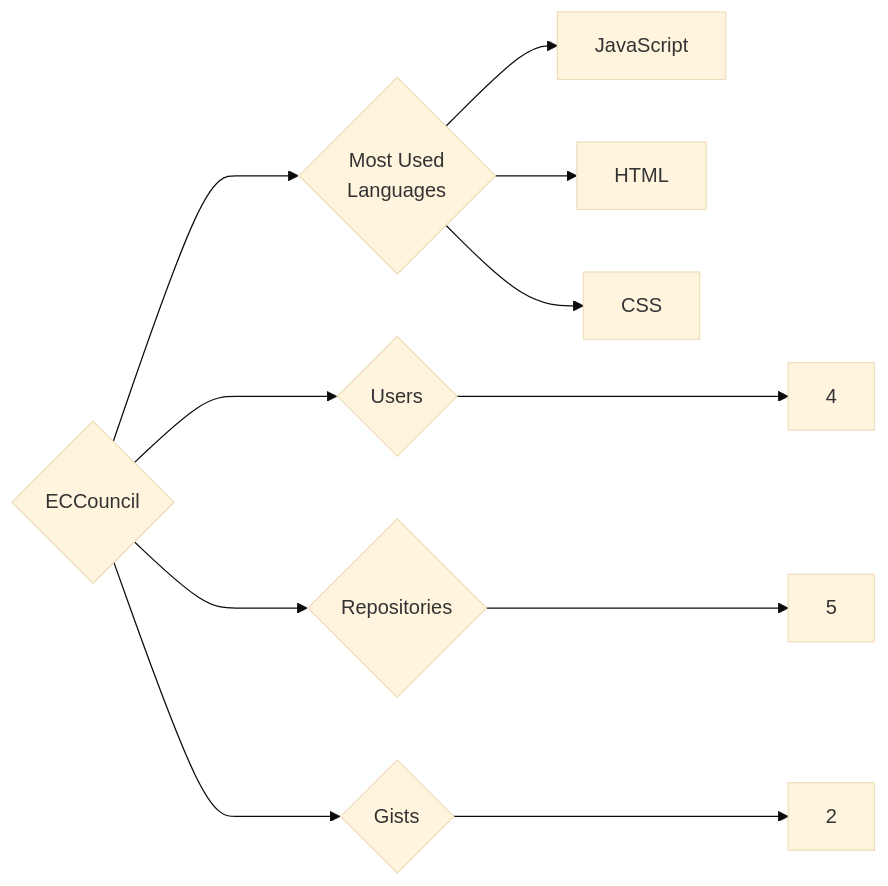
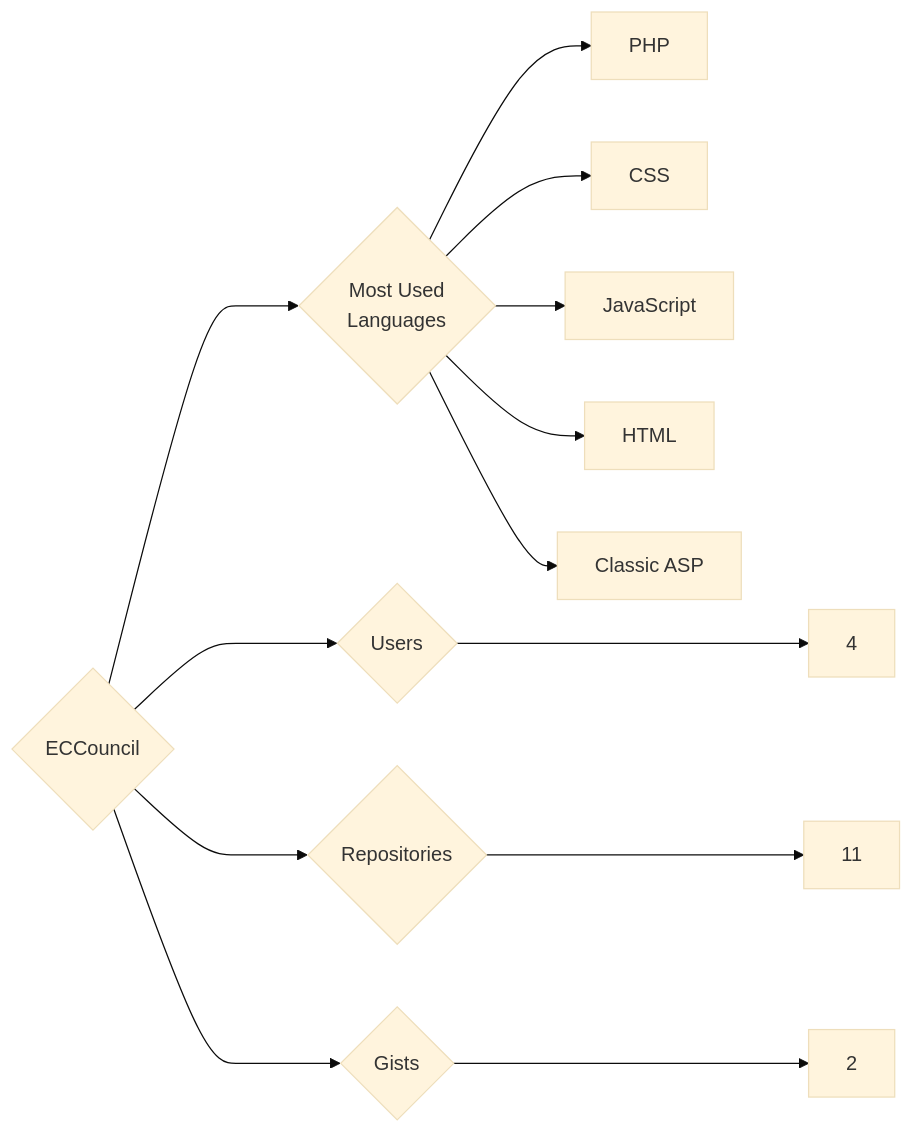
One commit to trickest/insiders changed the diagram in targets/ECCouncil/README.md. Above: the diagram before and after it, drawn with Mermaid (base theme). The commit also changed 1036 other files, not shown here.

````diff
--- a/targets/ECCouncil/README.md
+++ b/targets/ECCouncil/README.md
@@ -3,11 +3,13 @@
 ```mermaid
 graph LR
 COMPANY_NAME{ECCouncil}
 COMPANY_NAME ---> U{Users} ---> UN[4]
-COMPANY_NAME ---> R{Repositories} ---> RN[5]
+COMPANY_NAME ---> R{Repositories} ---> RN[11]
 COMPANY_NAME ---> G{Gists} ---> GN[2]
 COMPANY_NAME ---> ML{Most Used<br>Languages}
+ML --> PHP[PHP]
+ML --> CSS[CSS]
 ML --> JavaScript[JavaScript]
 ML --> HTML[HTML]
-ML --> CSS[CSS]
+ML --> Classic_ASP[Classic ASP]
 ```
````
